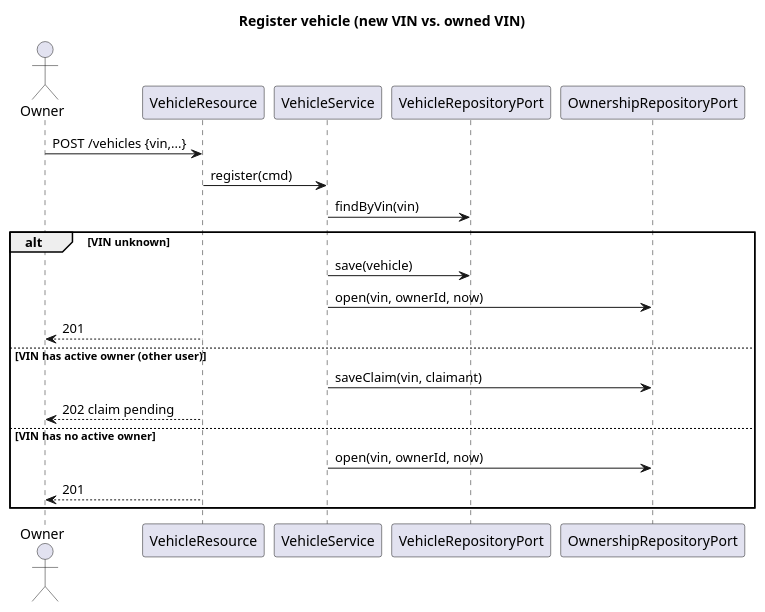
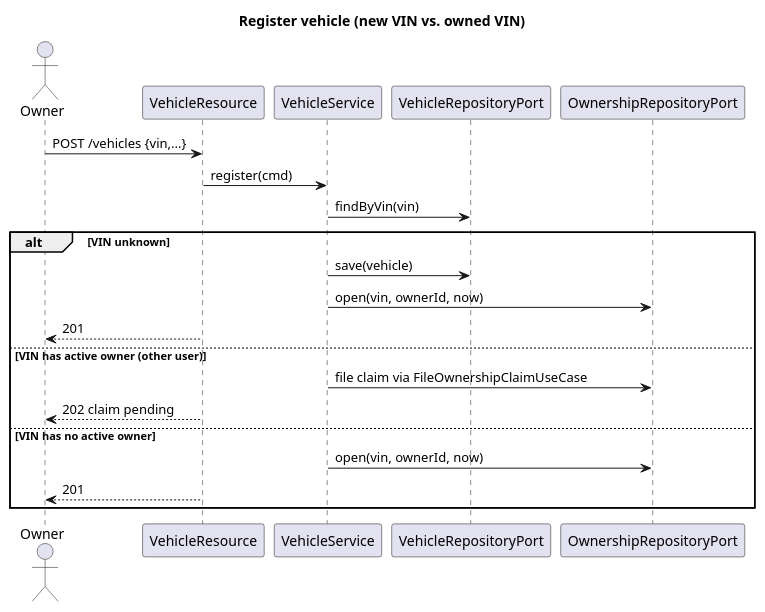
The second of 2 diagrams in docs/diagrams/vehicle.puml (chelariu-andrei/vehicle-passport), drawn with PlantUML before and after one commit. The commit also changed other lines of this file and 15 other files, not shown here.

Commit message:
feat(vehicle): ownership claim lifecycle

```diff
--- a/docs/diagrams/vehicle.puml
+++ b/docs/diagrams/vehicle.puml
@@ -51,22 +54,22 @@
 @startuml vehicle-register-seq
 title Register vehicle (new VIN vs. owned VIN)
 actor Owner
 participant VehicleResource
 participant VehicleService
 participant VehicleRepositoryPort as VRP
 participant OwnershipRepositoryPort as ORP
 Owner -> VehicleResource : POST /vehicles {vin,...}
 VehicleResource -> VehicleService : register(cmd)
 VehicleService -> VRP : findByVin(vin)
 alt VIN unknown
   VehicleService -> VRP : save(vehicle)
   VehicleService -> ORP : open(vin, ownerId, now)
   VehicleResource --> Owner : 201
 else VIN has active owner (other user)
-  VehicleService -> ORP : saveClaim(vin, claimant)
+  VehicleService -> ORP : file claim via FileOwnershipClaimUseCase
   VehicleResource --> Owner : 202 claim pending
 else VIN has no active owner
   VehicleService -> ORP : open(vin, ownerId, now)
   VehicleResource --> Owner : 201
 end
 @enduml
```
